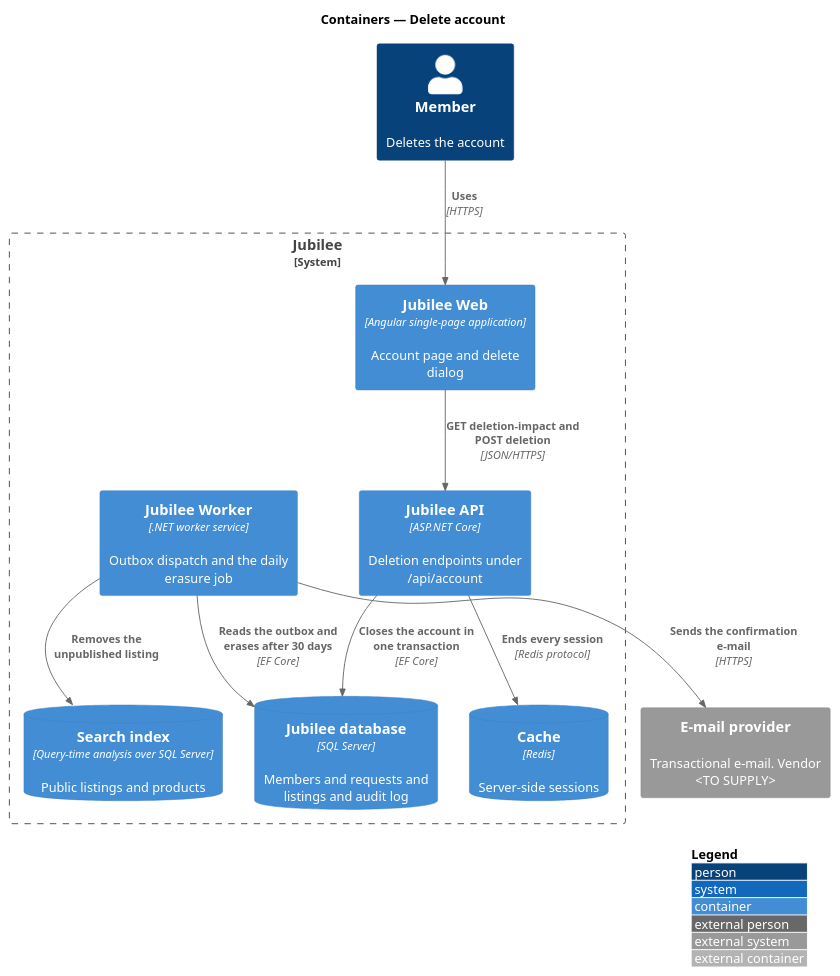
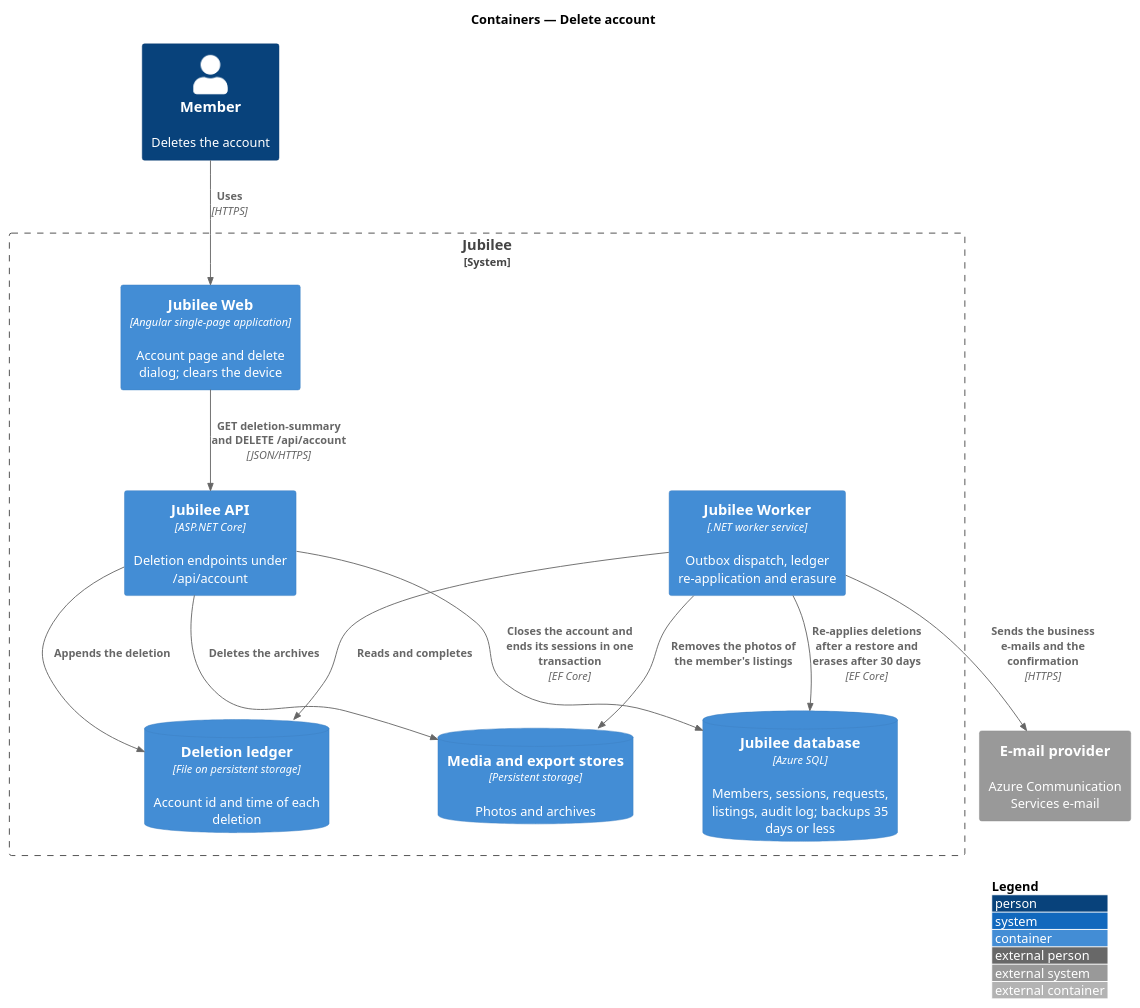
Before and after one commit to QuinntyneBrown/jubilee: the diagram in docs/detailed-designs/accounts/delete-account/diagrams/c4-container.puml, drawn with PlantUML. The commit also changed 51 other files, not shown here.

First line of the commit message:
Journey 26: requirements, ADR 0069, designs and mocks for download data and delete account

```diff
--- a/docs/detailed-designs/accounts/delete-account/diagrams/c4-container.puml
+++ b/docs/detailed-designs/accounts/delete-account/diagrams/c4-container.puml
@@ -1,25 +1,26 @@
 @startuml
 !include <C4/C4_Container>
 LAYOUT_WITH_LEGEND()
 title Containers — Delete account
 
-
 Person(member, "Member", "Deletes the account")
 System_Boundary(jubilee, "Jubilee") {
-  Container(web, "Jubilee Web", "Angular single-page application", "Account page and delete dialog")
+  Container(web, "Jubilee Web", "Angular single-page application", "Account page and delete dialog; clears the device")
   Container(api, "Jubilee API", "ASP.NET Core", "Deletion endpoints under /api/account")
-  Container(worker, "Jubilee Worker", ".NET worker service", "Outbox dispatch and the daily erasure job")
-  ContainerDb(db, "Jubilee database", "SQL Server", "Members and requests and listings and audit log")
-  ContainerDb(cache, "Cache", "Redis", "Server-side sessions")
-  ContainerDb(search, "Search index", "Query-time analysis over SQL Server", "Public listings and products")
+  Container(worker, "Jubilee Worker", ".NET worker service", "Outbox dispatch, ledger re-application and erasure")
+  ContainerDb(db, "Jubilee database", "Azure SQL", "Members, sessions, requests, listings, audit log; backups 35 days or less")
+  ContainerDb(ledger, "Deletion ledger", "File on persistent storage", "Account id and time of each deletion")
+  ContainerDb(media, "Media and export stores", "Persistent storage", "Photos and archives")
 }
-System_Ext(email, "E-mail provider", "Transactional e-mail. Vendor <TO SUPPLY>")
+System_Ext(email, "E-mail provider", "Azure Communication Services e-mail")
 
 Rel(member, web, "Uses", "HTTPS")
-Rel(web, api, "GET deletion-impact and POST deletion", "JSON/HTTPS")
-Rel(api, db, "Closes the account in one transaction", "EF Core")
-Rel(api, cache, "Ends every session", "Redis protocol")
-Rel(worker, db, "Reads the outbox and erases after 30 days", "EF Core")
-Rel(worker, search, "Removes the unpublished listing")
-Rel(worker, email, "Sends the confirmation e-mail", "HTTPS")
+Rel(web, api, "GET deletion-summary and DELETE /api/account", "JSON/HTTPS")
+Rel(api, db, "Closes the account and ends its sessions in one transaction", "EF Core")
+Rel(api, ledger, "Appends the deletion")
+Rel(api, media, "Deletes the archives")
+Rel(worker, ledger, "Reads and completes")
+Rel(worker, db, "Re-applies deletions after a restore and erases after 30 days", "EF Core")
+Rel(worker, media, "Removes the photos of the member's listings")
+Rel(worker, email, "Sends the business e-mails and the confirmation", "HTTPS")
 @enduml
```
